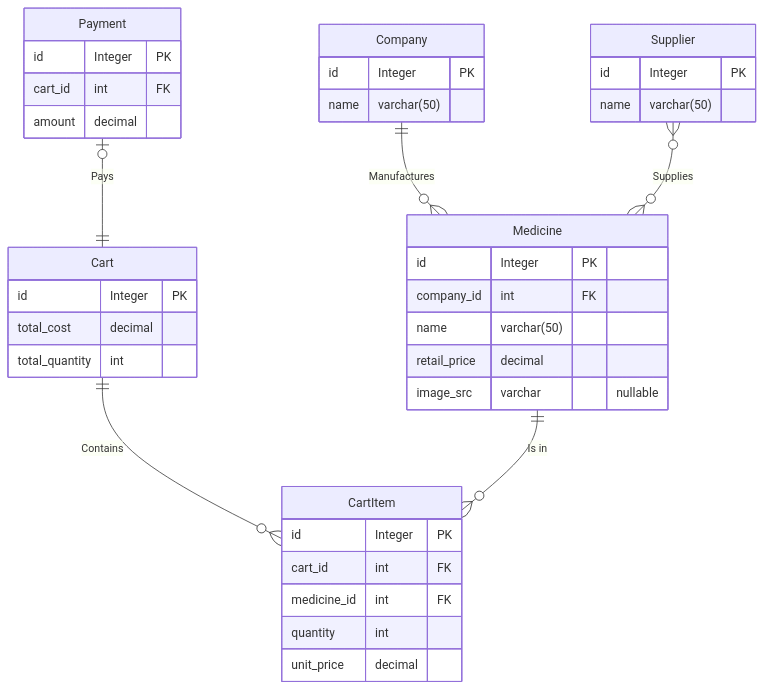
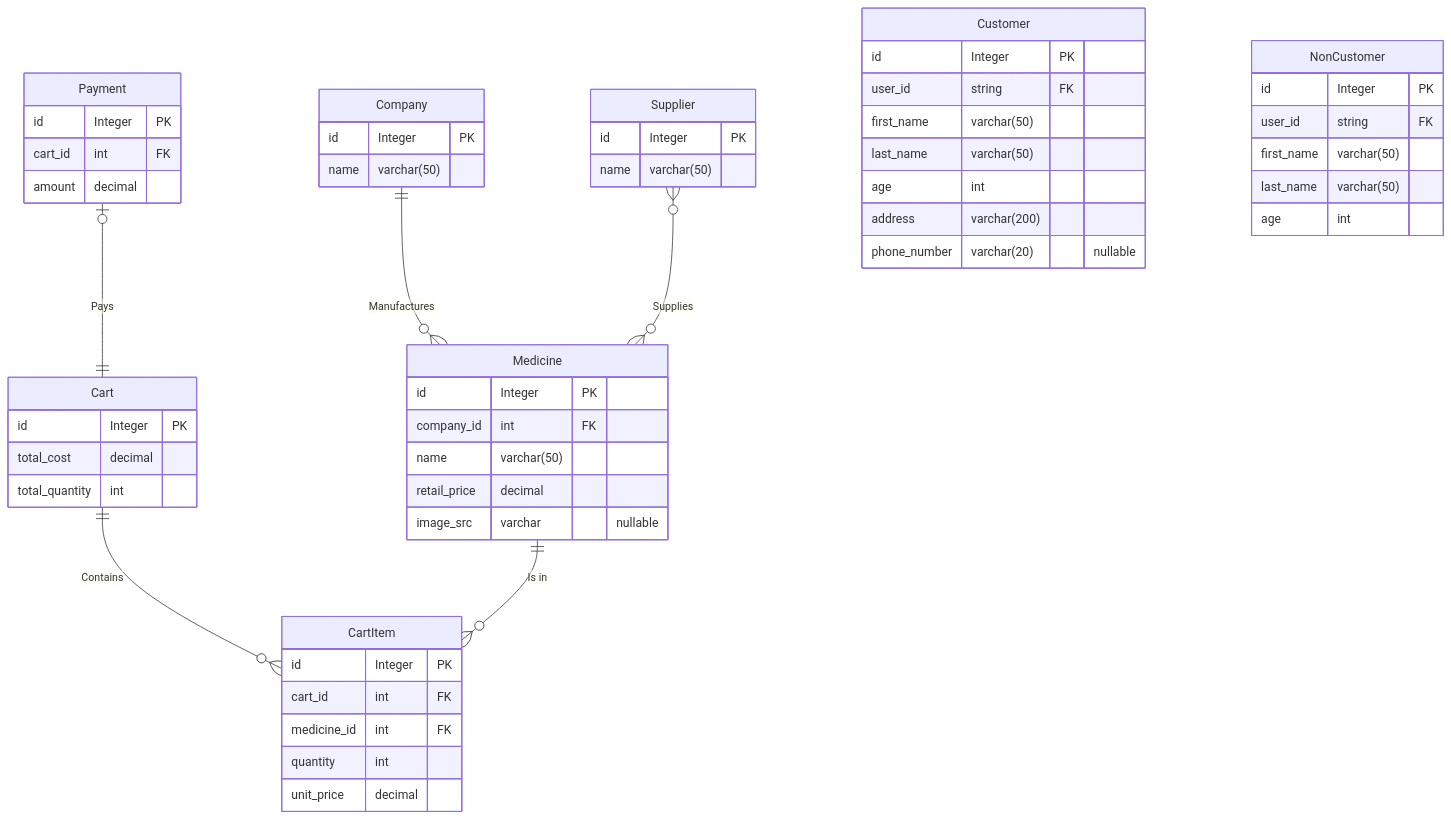
Before and after one commit to ipt-uni/Pharmacy: the diagram in README.md, drawn with Mermaid. The commit also changed 3 other files, not shown here.

Commit message:
feat: update er diagram + implement user models

````diff
--- a/README.md
+++ b/README.md
@@ -18,43 +18,59 @@
 ```mermaid
 erDiagram
 
 Company || -- o{ Medicine : "Manufactures"
 Cart || -- o{ CartItem : "Contains"
 Medicine || -- o{ CartItem : "Is in"
 Supplier }o -- o{ Medicine : "Supplies"
 Payment o| -- || Cart : "Pays"
 
 Medicine{
     id Integer PK
     company_id int FK
     name varchar(50)
     retail_price decimal
     image_src varchar "nullable"
 }
 Company{
     id Integer PK
     name varchar(50)
 }
 Supplier{
     id Integer PK
     name varchar(50)
 }
 Cart{
     id Integer PK
     total_cost decimal
     total_quantity int
 }
 CartItem{
     id Integer PK
     cart_id int FK
     medicine_id int FK
     quantity int
     unit_price decimal
 }
 Payment{
     id Integer PK
     cart_id int FK
     amount decimal
 }
+Customer{
+    id Integer PK
+    user_id string FK
+    first_name varchar(50)
+    last_name varchar(50)
+    age int
+    address varchar(200)
+    phone_number varchar(20) "nullable"
+}
+NonCustomer{
+    id Integer PK
+    user_id string FK
+    first_name varchar(50)
+    last_name varchar(50)
+    age int
+}
 
 ```
````
